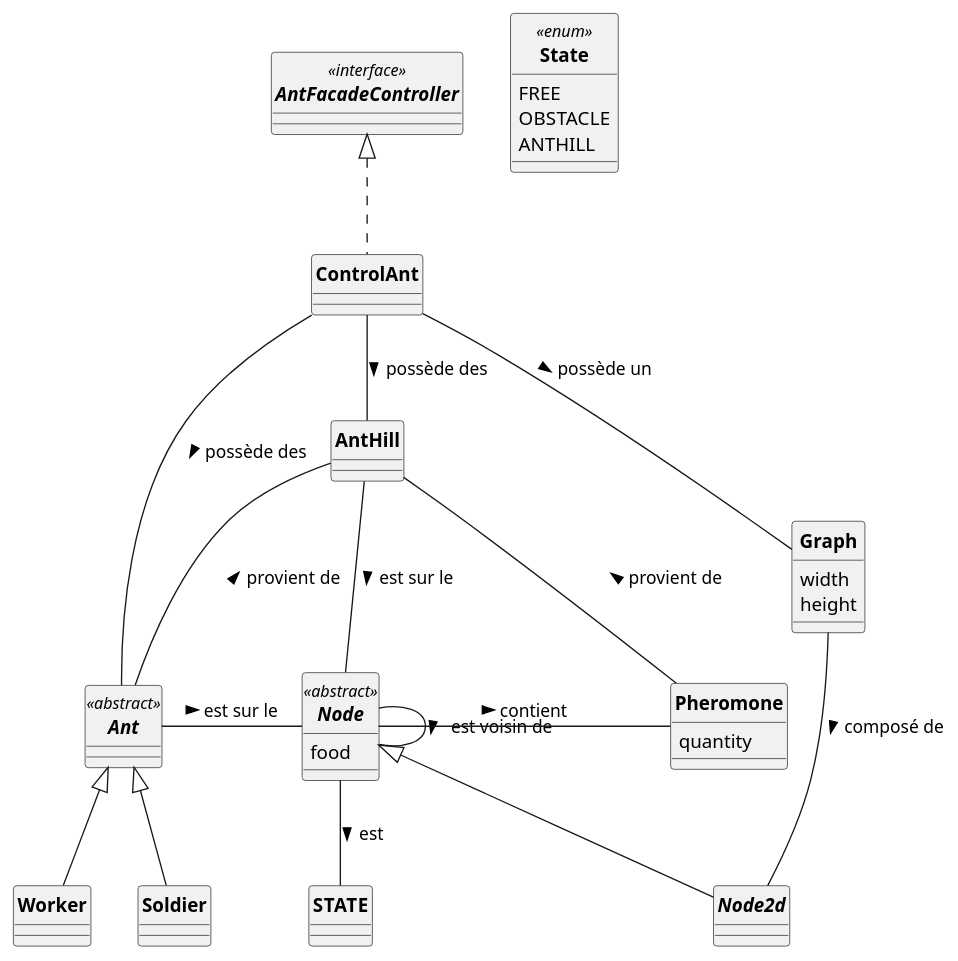
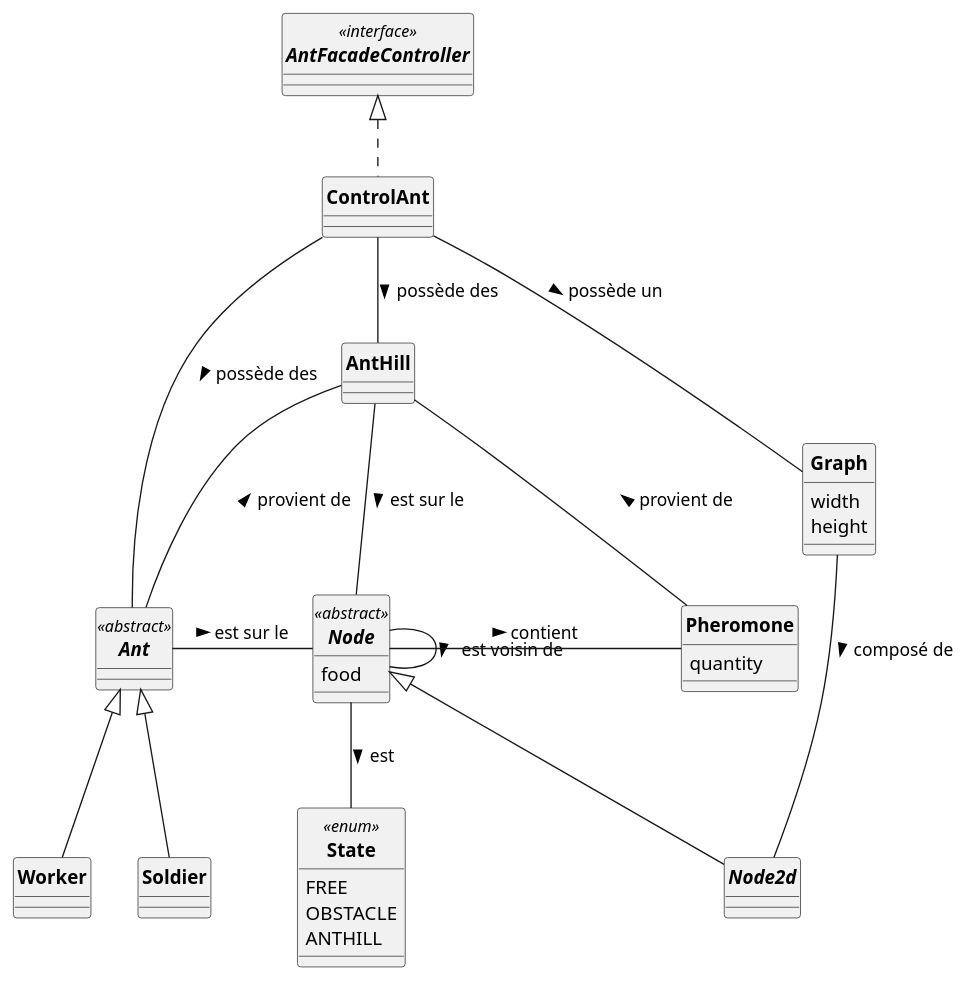
The diagram in src/main/uml/Fourmis_DCa.puml (ErenMustafaGit/ColonieFourmis), drawn with PlantUML before and after one commit.

Commit message:
DCa : STATE -> State

```diff
--- a/src/main/uml/Fourmis_DCa.puml
+++ b/src/main/uml/Fourmis_DCa.puml
@@ -1,72 +1,72 @@
 @startuml
 'https://plantuml.com/sequence-diagram
 skinparam style strictuml
 skinparam classAttributeIconSize 0
 skinparam circledCharacterRadius 0
 skinparam circledCharacterFontSize 0
 skinparam classFontStyle Bold
 'autonumber
 
 
 interface AntFacadeController<<interface>>{
 
 }
 
 enum State <<enum>> {
     FREE
     OBSTACLE
     ANTHILL
 }
 
 
 class Graph {
      width
      height
 }
 abstract Node <<abstract>>{
     food
 }
 
 
 
 abstract Ant <<abstract>>{
 
 }
 
 class AntHill {
 
 }
 
 class Soldier extends Ant{
 
 }
 
 class Worker extends Ant{
 }
 
 
 class ControlAnt implements AntFacadeController{
 }
 
 class Pheromone{
     quantity
 }
 
 abstract class Node2d extends Node{
 }
 
 Node - Node : est voisin de >
 ControlAnt -- Graph : possède un >
 ControlAnt --- Ant : possède des >
 ControlAnt -- AntHill : possède des >
 Graph -- Node2d : composé de >
 Ant  - Node : est sur le >
-Node --  STATE : est >
+Node --  State : est >
 Node - Pheromone : contient >
 Node - AntHill : est sur le <
 
 Ant -u- AntHill : provient de >
 Pheromone - AntHill : provient de >
 
 
 @enduml
```
